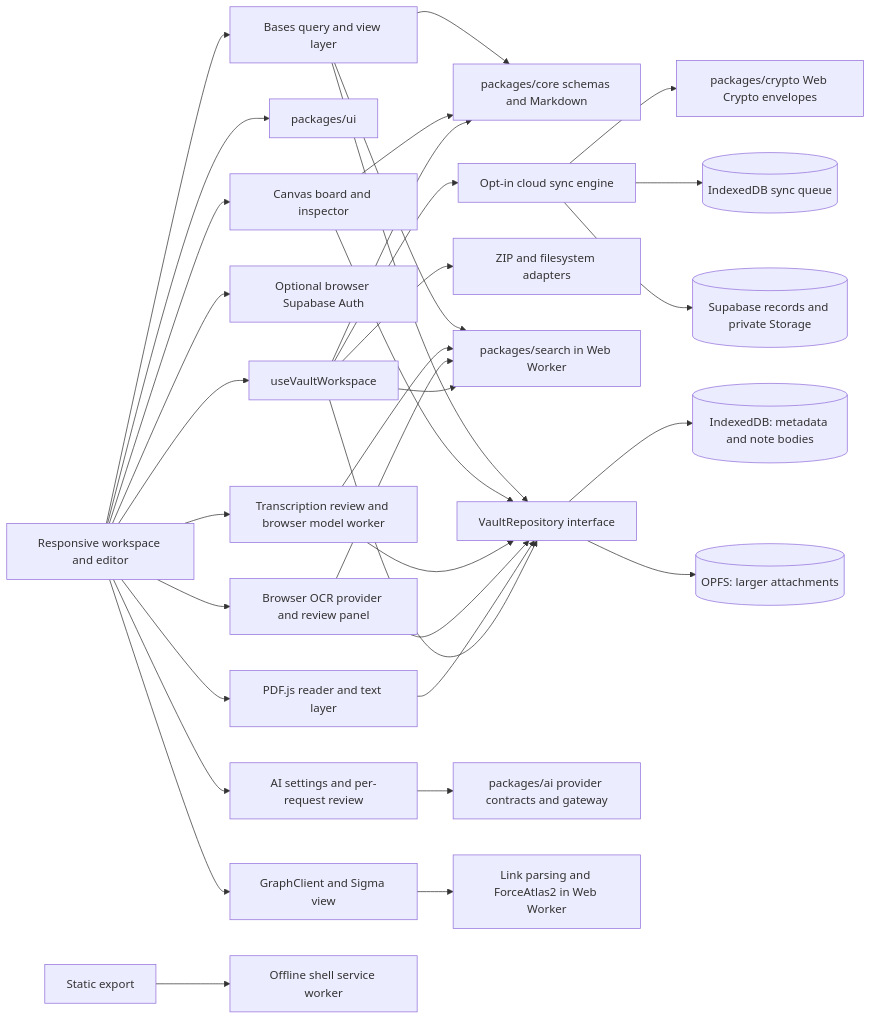
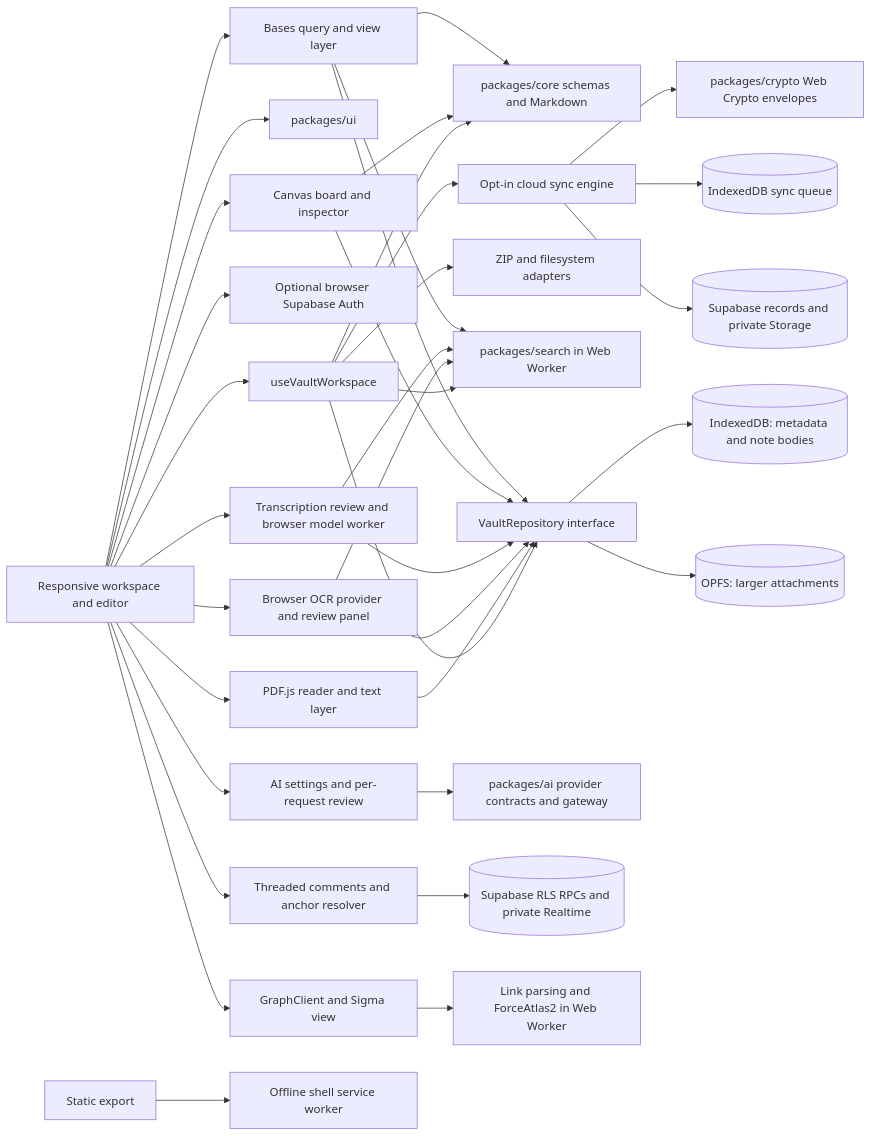
The diagram in docs/architecture.md (mohammedalialhilo/Noor-Note), drawn with Mermaid before and after one commit. The commit also changed other lines of this file and 270 other files, not shown here.

````diff
--- a/docs/architecture.md
+++ b/docs/architecture.md
@@ -5,36 +9,38 @@
 ```mermaid
 flowchart LR
   UI[Responsive workspace and editor] --> Hook[useVaultWorkspace]
   UI --> Primitives[packages/ui]
   Hook --> Core[packages/core schemas and Markdown]
   Hook --> Repo[VaultRepository interface]
   Repo --> Dexie[(IndexedDB: metadata and note bodies)]
   Repo --> OPFS[(OPFS: larger attachments)]
   Hook --> Archive[ZIP and filesystem adapters]
   Hook --> Search[packages/search in Web Worker]
   UI --> AiPolicy[AI settings and per-request review]
   UI --> Auth[Optional browser Supabase Auth]
   Hook --> Sync[Opt-in cloud sync engine]
   Sync --> Crypto[packages/crypto Web Crypto envelopes]
   Sync --> Queue[(IndexedDB sync queue)]
   Sync --> Cloud[(Supabase records and private Storage)]
   AiPolicy --> AiContracts[packages/ai provider contracts and gateway]
   UI --> Graph[GraphClient and Sigma view]
   UI --> Bases[Bases query and view layer]
   UI --> Canvas[Canvas board and inspector]
   UI --> PDF[PDF.js reader and text layer]
+  UI --> Comments[Threaded comments and anchor resolver]
+  Comments --> CommentCloud[(Supabase RLS RPCs and private Realtime)]
   PDF --> Repo
   UI --> OCR[Browser OCR provider and review panel]
   OCR --> Repo
   OCR --> Search
   UI --> Speech[Transcription review and browser model worker]
   Speech --> Repo
   Speech --> Search
   Canvas --> Core
   Canvas --> Repo
   Bases --> Core
   Bases --> Repo
   Bases --> Search
   Graph --> GraphWorker[Link parsing and ForceAtlas2 in Web Worker]
   Build[Static export] --> SW[Offline shell service worker]
 ```
````
